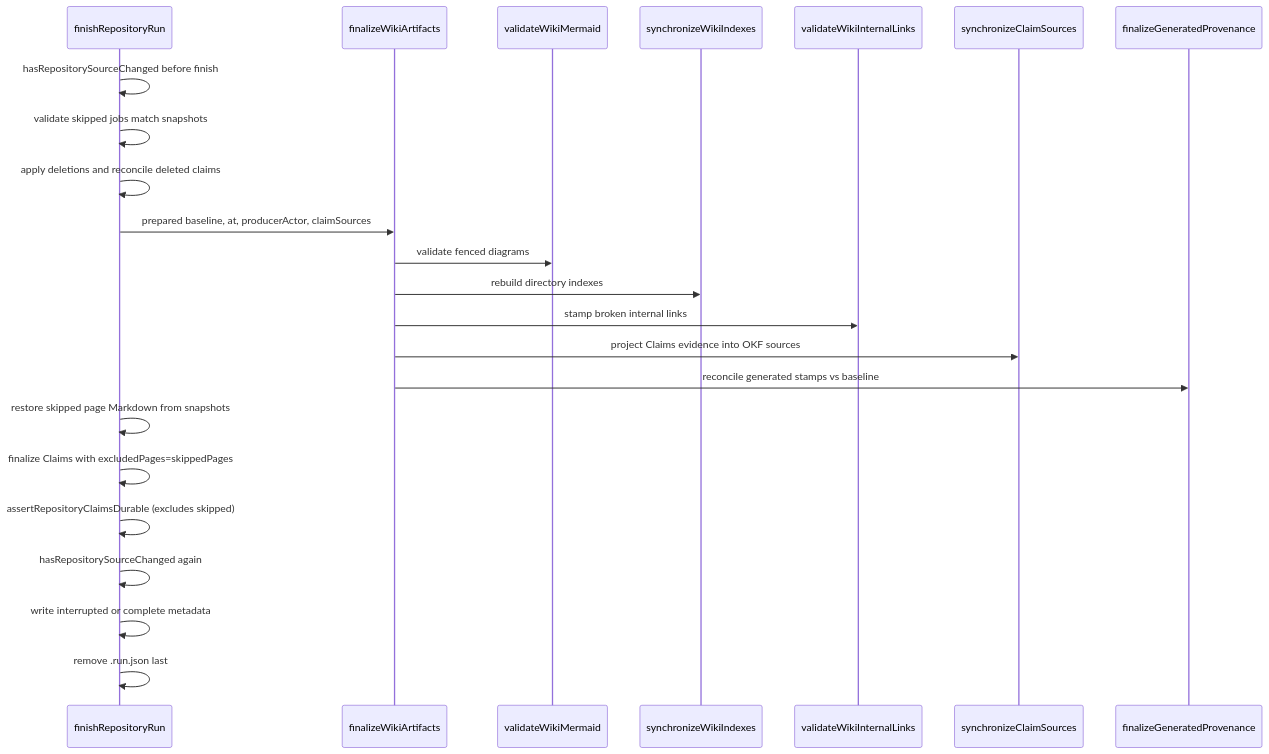
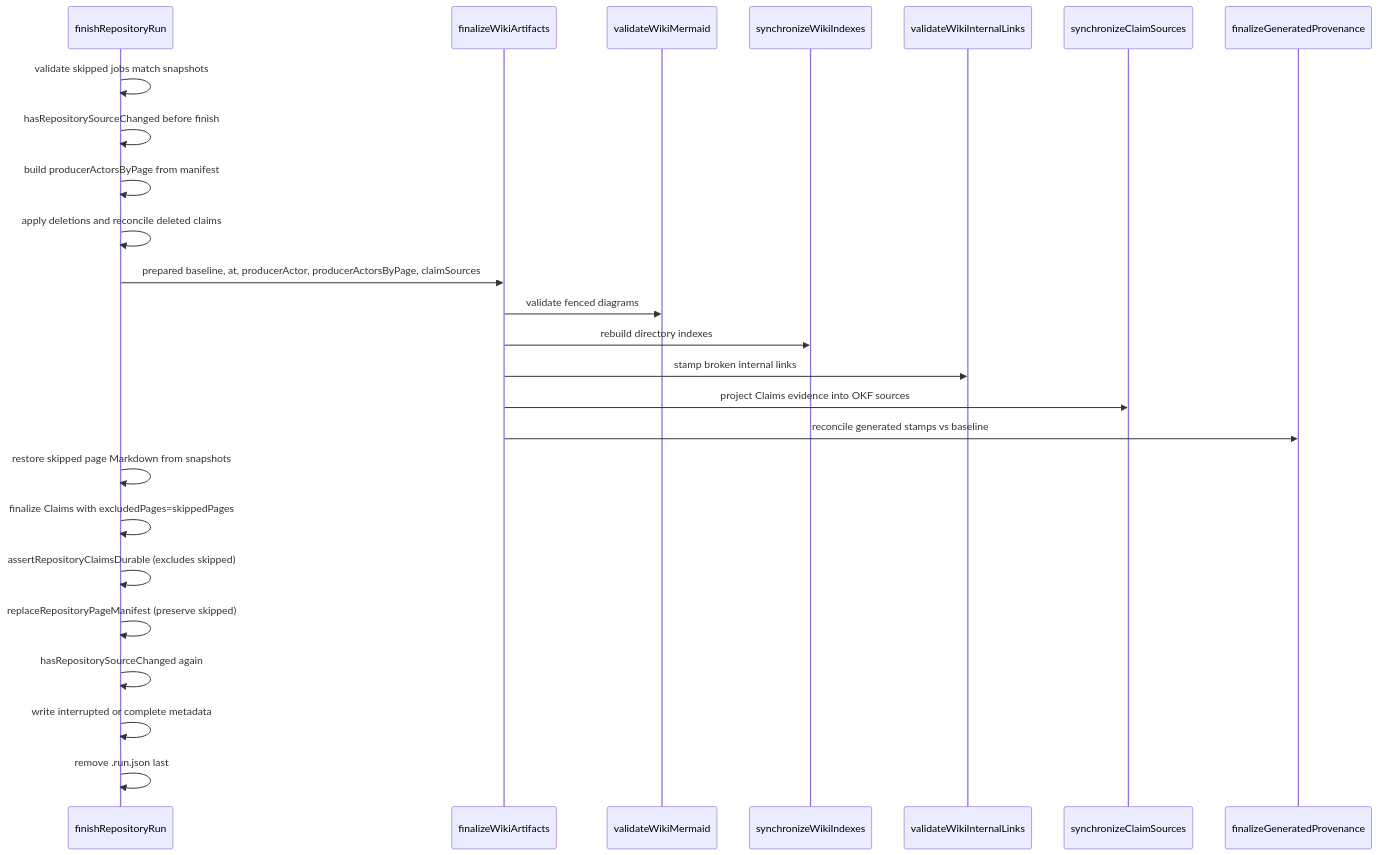
One commit to Christian-Sidak/openwiki changed the diagram in openwiki/workflows/wiki-finalization.md. Above: the diagram before and after it, drawn with Mermaid. The commit also changed other lines of this file and 26 other files, not shown here.

````diff
--- a/openwiki/workflows/wiki-finalization.md
+++ b/openwiki/workflows/wiki-finalization.md
@@ -68,25 +70,27 @@
 ```mermaid
 sequenceDiagram
     participant Caller as finishRepositoryRun
     participant Fin as finalizeWikiArtifacts
     participant Mermaid as validateWikiMermaid
     participant Index as synchronizeWikiIndexes
     participant LinkVal as validateWikiInternalLinks
     participant Claims as synchronizeClaimSources
     participant Prov as finalizeGeneratedProvenance
+    Caller->>Caller: validate skipped jobs match snapshots
     Caller->>Caller: hasRepositorySourceChanged before finish
-    Caller->>Caller: validate skipped jobs match snapshots
+    Caller->>Caller: build producerActorsByPage from manifest
     Caller->>Caller: apply deletions and reconcile deleted claims
-    Caller->>Fin: prepared baseline, at, producerActor, claimSources
+    Caller->>Fin: prepared baseline, at, producerActor, producerActorsByPage, claimSources
     Fin->>Mermaid: validate fenced diagrams
     Fin->>Index: rebuild directory indexes
     Fin->>LinkVal: stamp broken internal links
     Fin->>Claims: project Claims evidence into OKF sources
     Fin->>Prov: reconcile generated stamps vs baseline
     Caller->>Caller: restore skipped page Markdown from snapshots
     Caller->>Caller: finalize Claims with excludedPages=skippedPages
     Caller->>Caller: assertRepositoryClaimsDurable (excludes skipped)
+    Caller->>Caller: replaceRepositoryPageManifest (preserve skipped)
     Caller->>Caller: hasRepositorySourceChanged again
     Caller->>Caller: write interrupted or complete metadata
     Caller->>Caller: remove .run.json last
 ```
````
